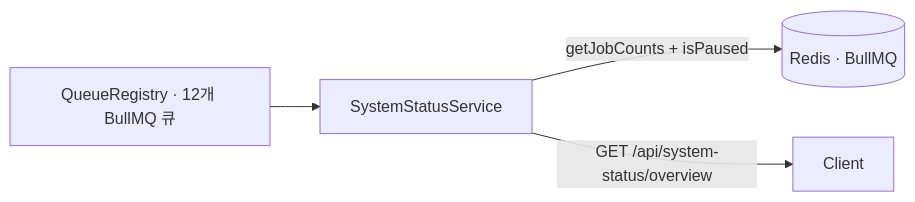
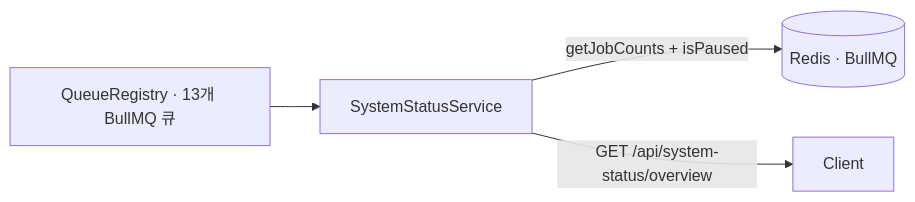
The fourth of 4 diagrams in spec/data-flow/9-observability.md (worker-ants/clemvion), drawn with Mermaid before and after one commit. The commit also changed other lines of this file and 73 other files, not shown here.

````diff
--- a/spec/data-flow/9-observability.md
+++ b/spec/data-flow/9-observability.md
@@ -99,6 +99,6 @@
 ```mermaid
 flowchart LR
-  REG[QueueRegistry · 12개 BullMQ 큐] --> SSS[SystemStatusService]
+  REG[QueueRegistry · 13개 BullMQ 큐] --> SSS[SystemStatusService]
   SSS -->|getJobCounts + isPaused| REDIS[(Redis · BullMQ)]
   SSS -->|GET /api/system-status/overview| Client
 ```
````
